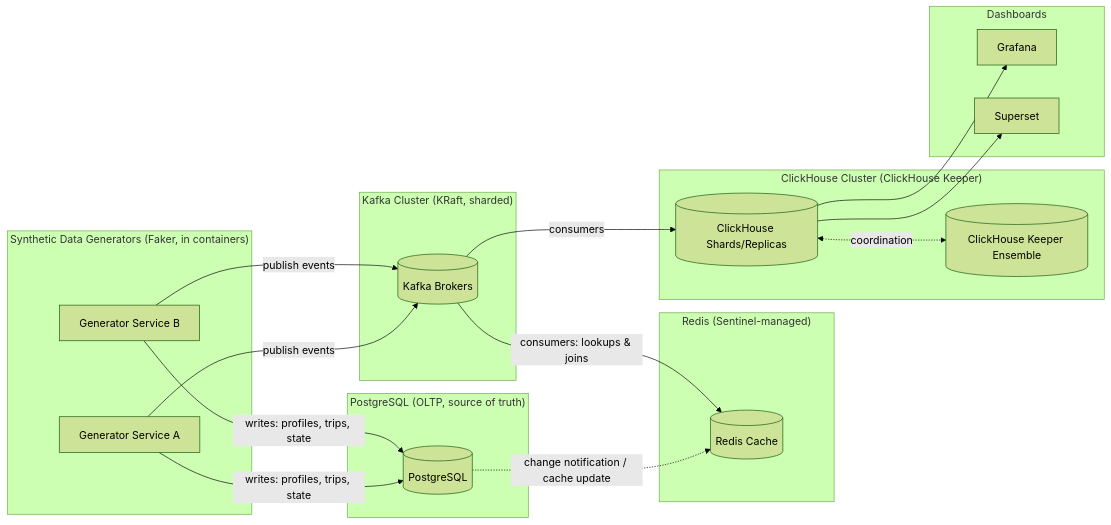
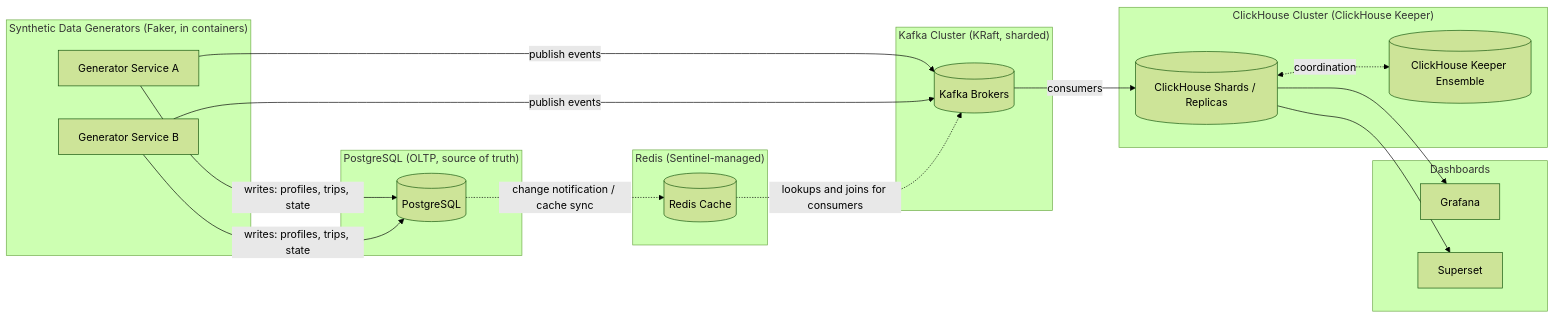
One commit to bahman-farhadian/Meanul-Data-Studio changed the first of 6 diagrams in README.md. Above: the diagram before and after it, drawn with Mermaid (forest theme). The commit also changed other lines of this file and 24 other files, not shown here.

````diff
--- a/README.md
+++ b/README.md
@@ -44,43 +44,43 @@
 ```mermaid
 graph LR
     subgraph Generators ["Synthetic Data Generators (Faker, in containers)"]
-        G1[Generator Service A]
-        G2[Generator Service B]
+        G1["Generator Service A"]
+        G2["Generator Service B"]
     end
 
     subgraph OLTP ["PostgreSQL (OLTP, source of truth)"]
-        PG[(PostgreSQL)]
+        PG[("PostgreSQL")]
     end
 
     subgraph Cache ["Redis (Sentinel-managed)"]
-        R[(Redis Cache)]
+        R[("Redis Cache")]
     end
 
     subgraph Streaming ["Kafka Cluster (KRaft, sharded)"]
-        K[(Kafka Brokers)]
+        K[("Kafka Brokers")]
     end
 
     subgraph OLAP ["ClickHouse Cluster (ClickHouse Keeper)"]
-        CH[(ClickHouse Shards/Replicas)]
-        KE[(ClickHouse Keeper Ensemble)]
+        CH[("ClickHouse Shards / Replicas")]
+        KE[("ClickHouse Keeper Ensemble")]
     end
 
-    subgraph Dashboards
-        GF[Grafana]
-        SS[Superset]
+    subgraph Dashboards ["Dashboards"]
+        GF["Grafana"]
+        SS["Superset"]
     end
 
-    G1 -->|writes: profiles, trips, state| PG
-    G2 -->|writes: profiles, trips, state| PG
-    PG -.->|change notification / cache update| R
+    G1 -->|"writes: profiles, trips, state"| PG
+    G2 -->|"writes: profiles, trips, state"| PG
+    PG -.->|"change notification / cache sync"| R
 
-    G1 -->|publish events| K
-    G2 -->|publish events| K
+    G1 -->|"publish events"| K
+    G2 -->|"publish events"| K
 
-    K -->|consumers: lookups & joins| R
-    K -->|consumers| CH
+    R -.->|"lookups and joins for consumers"| K
+    K -->|"consumers"| CH
 
-    CH <-.->|coordination| KE
+    CH <-.->|"coordination"| KE
     CH --> GF
     CH --> SS
 ```
````
